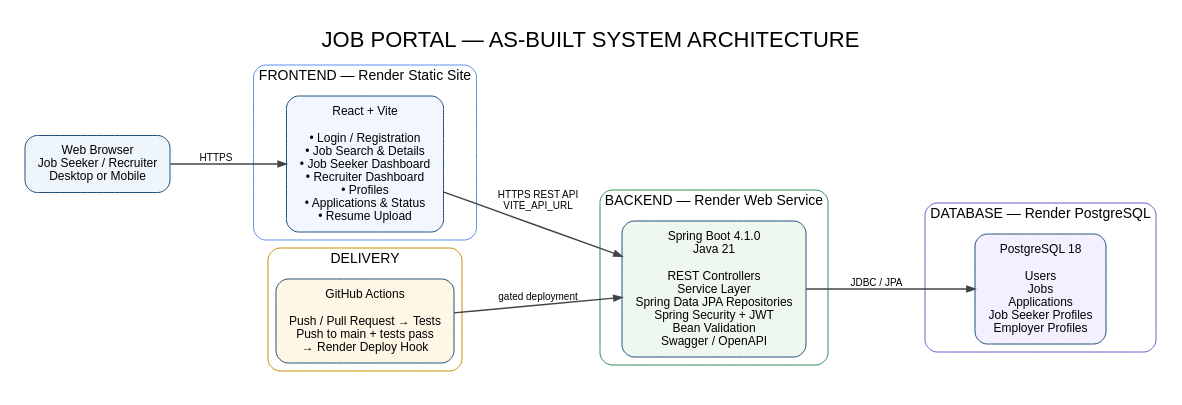
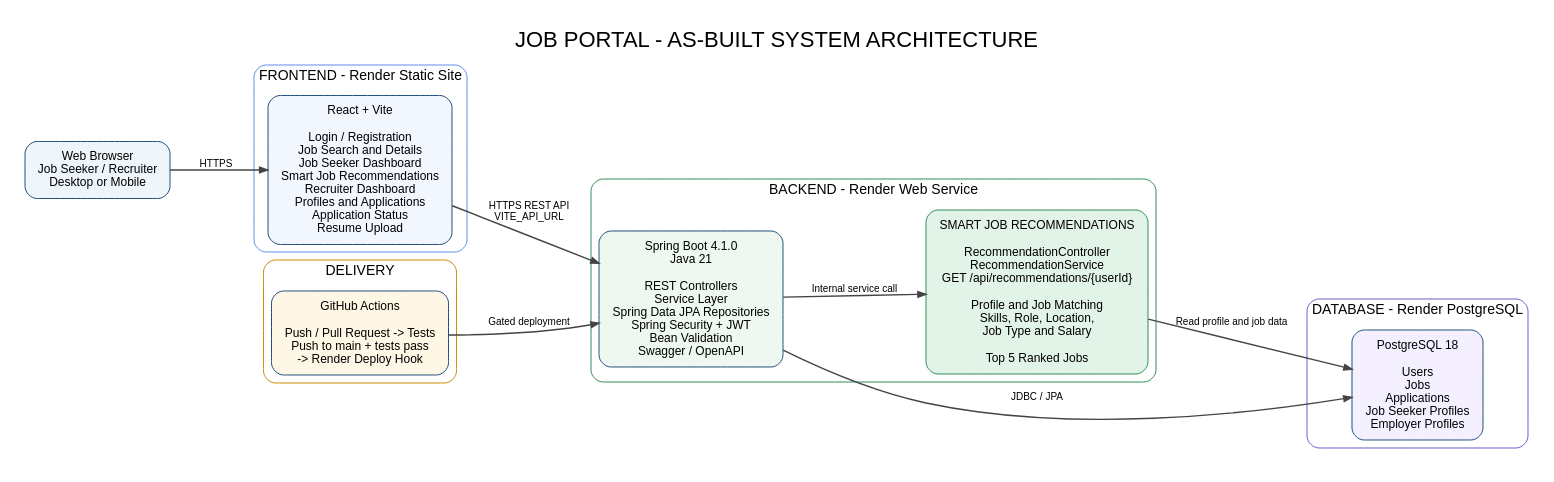
One commit to preeyaahh29-droid/jobportal changed the diagram in docs/diagrams/architecture.dot. Above: the diagram before and after it, drawn with Graphviz. The commit also changed 7 other files, not shown here.

Commit message:
fix(security): restrict recommendations to owning job seeker

```diff
--- a/docs/diagrams/architecture.dot
+++ b/docs/diagrams/architecture.dot
@@ -1,36 +1,119 @@
+
 digraph G {
-  graph [rankdir=LR, bgcolor="white", pad=0.25, nodesep=0.5, ranksep=0.8, fontname="Arial", label="JOB PORTAL — AS-BUILT SYSTEM ARCHITECTURE", labelloc=t, fontsize=22];
-  node [shape=box, style="rounded,filled", fontname="Arial", fontsize=12, margin="0.18,0.12", color="#1f4e79", fillcolor="#eaf3f8"];
-  edge [fontname="Arial", fontsize=10, color="#444444", penwidth=1.4, arrowsize=0.8];
+  graph [
+    rankdir=LR,
+    bgcolor="white",
+    pad=0.25,
+    nodesep=0.5,
+    ranksep=0.8,
+    fontname="Arial",
+    label="JOB PORTAL - AS-BUILT SYSTEM ARCHITECTURE",
+    labelloc=t,
+    fontsize=22
+  ];
 
-  browser [label="Web Browser\nJob Seeker / Recruiter\nDesktop or Mobile", fillcolor="#eef5fb"];
+  node [
+    shape=box,
+    style="rounded,filled",
+    fontname="Arial",
+    fontsize=12,
+    margin="0.18,0.12",
+    color="#1f4e79",
+    fillcolor="#eaf3f8"
+  ];
+
+  edge [
+    fontname="Arial",
+    fontsize=10,
+    color="#444444",
+    penwidth=1.4,
+    arrowsize=0.8
+  ];
+
+  browser [
+    label="Web Browser\nJob Seeker / Recruiter\nDesktop or Mobile",
+    fillcolor="#eef5fb"
+  ];
 
   subgraph cluster_front {
-    label="FRONTEND — Render Static Site";
-    color="#5b8def"; style="rounded"; fontname="Arial"; fontsize=14;
-    frontend [label="React + Vite\n\n• Login / Registration\n• Job Search & Details\n• Job Seeker Dashboard\n• Recruiter Dashboard\n• Profiles\n• Applications & Status\n• Resume Upload", fillcolor="#f1f6ff"];
+    label="FRONTEND - Render Static Site";
+    color="#5b8def";
+    style="rounded";
+    fontname="Arial";
+    fontsize=14;
+
+    frontend [
+      label="React + Vite\n\nLogin / Registration\nJob Search and Details\nJob Seeker Dashboard\nSmart Job Recommendations\nRecruiter Dashboard\nProfiles and Applications\nApplication Status\nResume Upload",
+      fillcolor="#f1f6ff"
+    ];
   }
 
   subgraph cluster_back {
-    label="BACKEND — Render Web Service";
-    color="#2e8b57"; style="rounded"; fontname="Arial"; fontsize=14;
-    backend [label="Spring Boot 4.1.0\nJava 21\n\nREST Controllers\nService Layer\nSpring Data JPA Repositories\nSpring Security + JWT\nBean Validation\nSwagger / OpenAPI", fillcolor="#eef8f0"];
+    label="BACKEND - Render Web Service";
+    color="#2e8b57";
+    style="rounded";
+    fontname="Arial";
+    fontsize=14;
+
+    backend [
+      label="Spring Boot 4.1.0\nJava 21\n\nREST Controllers\nService Layer\nSpring Data JPA Repositories\nSpring Security + JWT\nBean Validation\nSwagger / OpenAPI",
+      fillcolor="#eef8f0"
+    ];
+
+    recommendations [
+      label="SMART JOB RECOMMENDATIONS\n\nRecommendationController\nRecommendationService\nGET /api/recommendations/{userId}\n\nProfile and Job Matching\nSkills, Role, Location,\nJob Type and Salary\n\nTop 5 Ranked Jobs",
+      fillcolor="#e2f3e7",
+      color="#2e8b57"
+    ];
+
+    backend -> recommendations [
+      label="Internal service call"
+    ];
   }
 
   subgraph cluster_db {
-    label="DATABASE — Render PostgreSQL";
-    color="#6a5acd"; style="rounded"; fontname="Arial"; fontsize=14;
-    db [label="PostgreSQL 18\n\nUsers\nJobs\nApplications\nJob Seeker Profiles\nEmployer Profiles", fillcolor="#f4f0ff"];
+    label="DATABASE - Render PostgreSQL";
+    color="#6a5acd";
+    style="rounded";
+    fontname="Arial";
+    fontsize=14;
+
+    db [
+      label="PostgreSQL 18\n\nUsers\nJobs\nApplications\nJob Seeker Profiles\nEmployer Profiles",
+      fillcolor="#f4f0ff"
+    ];
   }
 
   subgraph cluster_cicd {
     label="DELIVERY";
-    color="#cc8a00"; style="rounded"; fontname="Arial"; fontsize=14;
-    cicd [label="GitHub Actions\n\nPush / Pull Request → Tests\nPush to main + tests pass\n→ Render Deploy Hook", fillcolor="#fff7e6"];
+    color="#cc8a00";
+    style="rounded";
+    fontname="Arial";
+    fontsize=14;
+
+    cicd [
+      label="GitHub Actions\n\nPush / Pull Request -> Tests\nPush to main + tests pass\n-> Render Deploy Hook",
+      fillcolor="#fff7e6"
+    ];
   }
 
-  browser -> frontend [label="HTTPS"];
-  frontend -> backend [label="HTTPS REST API\nVITE_API_URL"];
-  backend -> db [label="JDBC / JPA"];
-  cicd -> backend [label="gated deployment"];
+  browser -> frontend [
+    label="HTTPS"
+  ];
+
+  frontend -> backend [
+    label="HTTPS REST API\nVITE_API_URL"
+  ];
+
+  backend -> db [
+    label="JDBC / JPA"
+  ];
+
+  recommendations -> db [
+    label="Read profile and job data"
+  ];
+
+  cicd -> backend [
+    label="Gated deployment"
+  ];
 }
```
